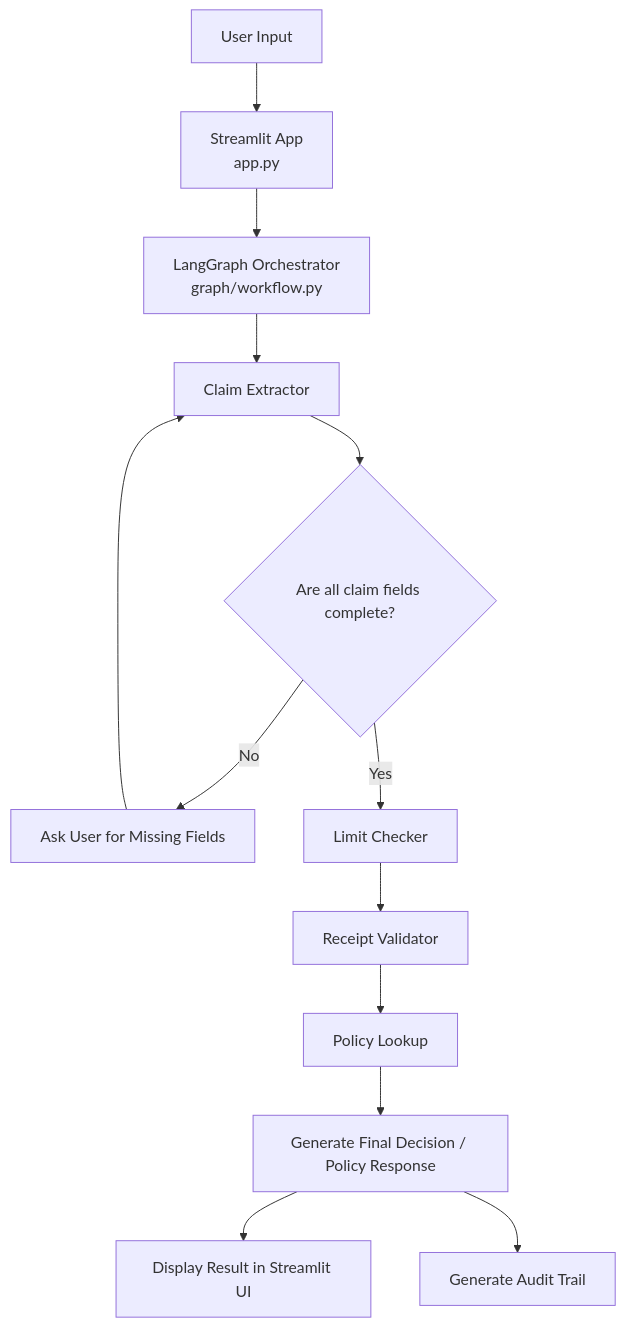
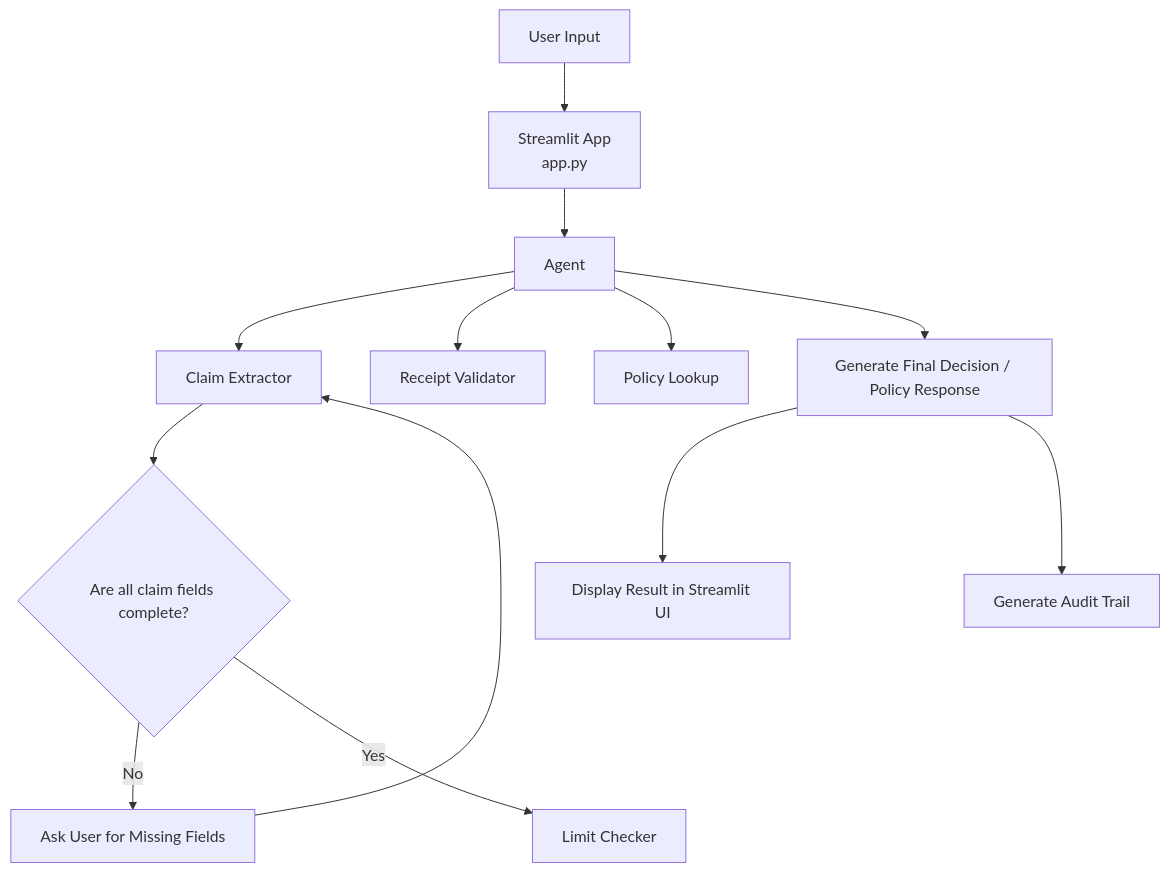
The diagram in README.md (eshita-sapariya/travel-reimbursement-approval-assistant), drawn with Mermaid before and after one commit.

Commit message:
Update flowchart in README

````diff
--- a/README.md
+++ b/README.md
@@ -85,18 +85,18 @@
 ```mermaid
 flowchart TD
     A[User Input] --> B[Streamlit App<br/>app.py]
-    B --> C[LangGraph Orchestrator<br/>graph/workflow.py]
+    B --> C[Agent]
 
     C --> D[Claim Extractor]
     D --> E{Are all claim fields complete?}
 
     E -- No --> F[Ask User for Missing Fields]
     F --> D
 
     E -- Yes --> G[Limit Checker]
-    G --> H[Receipt Validator]
-    H --> I[Policy Lookup]
-    I --> J[Generate Final Decision / Policy Response]
+    C --> H[Receipt Validator]
+    C --> I[Policy Lookup]
+    C --> J[Generate Final Decision / Policy Response]
     J --> K[Display Result in Streamlit UI]
     J --> L[Generate Audit Trail]
 ```
````
